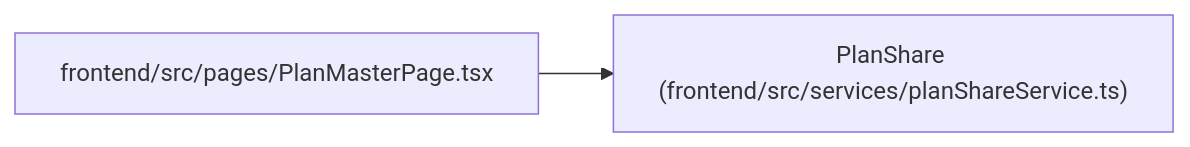
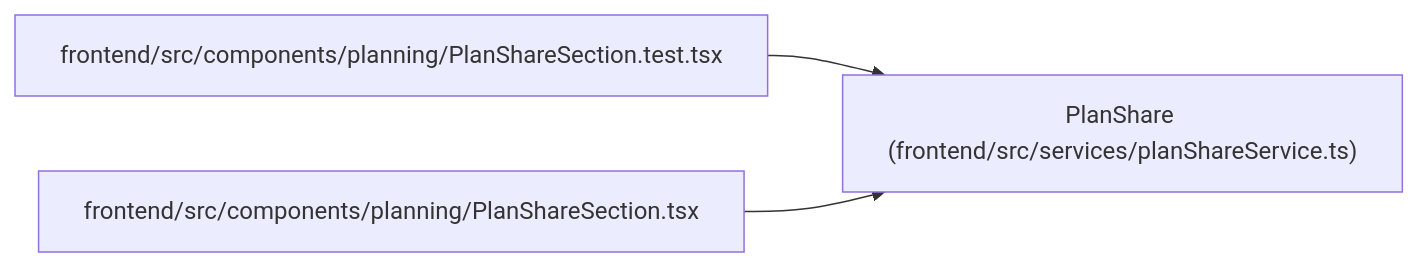
One commit to Denissvgn/WorkChord changed the diagram in docs/llm_wiki/entities/planShareService_PlanShare.md. Above: the diagram before and after it, drawn with Mermaid. The commit also changed other lines of this file and 2373 other files, not shown here.

````diff
--- a/docs/llm_wiki/entities/planShareService_PlanShare.md
+++ b/docs/llm_wiki/entities/planShareService_PlanShare.md
@@ -32,8 +32,11 @@
 ```mermaid
 flowchart LR
     n0["PlanShare (frontend/src/services/planShareService.ts)"]
-    n1["frontend/src/pages/PlanMasterPage.tsx"]
+    n1["frontend/src/components/planning/PlanShareSection.test.tsx"]
+    n2["frontend/src/components/planning/PlanShareSection.tsx"]
     n1 --> n0
+    n2 --> n0
     click n0 "../modules/planShareService.md"
-    click n1 "../modules/PlanMasterPage.md"
+    click n1 "../modules/PlanShareSection.test.md"
+    click n2 "../modules/PlanShareSection.md"
 ```
````
